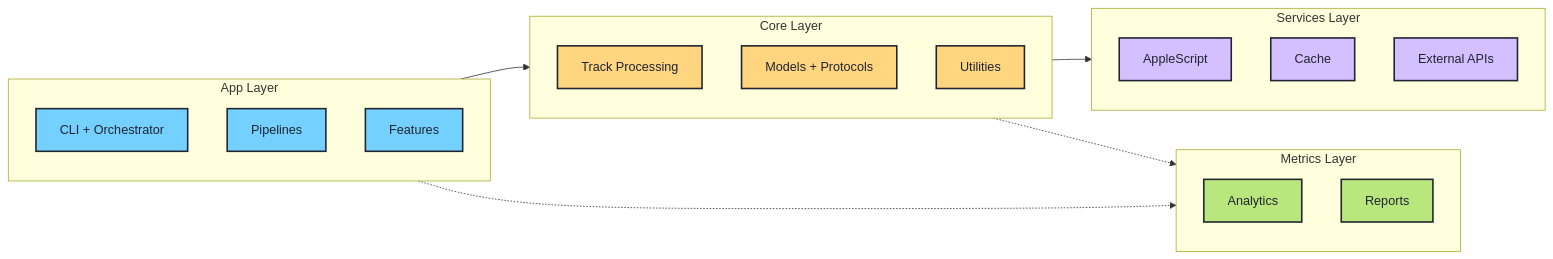
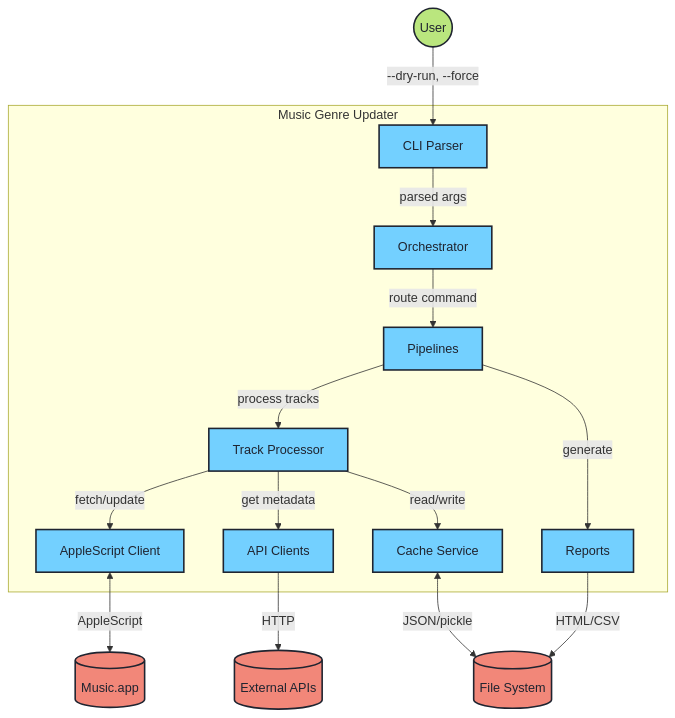
Before and after one commit to barad1tos/GenreUpdater: the second of 8 diagrams in README.md, drawn with Mermaid. The commit also changed other lines of this file, not shown here.

First line of the commit message:
docs(readme): C4-style architecture diagrams

````diff
--- a/README.md
+++ b/README.md
@@ -335,38 +373,39 @@
 ```mermaid
-graph LR
-    subgraph App["App Layer"]
-        A1[CLI + Orchestrator]
-        A2[Pipelines]
-        A3[Features]
+graph TB
+    User((User))
+    MusicApp[(Music.app)]
+    ExtAPIs[(External APIs)]
+    FileSystem[(File System)]
+
+    subgraph System["Music Genre Updater"]
+        CLI[CLI Parser]
+        Orch[Orchestrator]
+        Pipes[Pipelines]
+        Core[Track Processor]
+        Apple[AppleScript Client]
+        Cache[Cache Service]
+        APIs[API Clients]
+        Metrics[Reports]
     end
 
-    subgraph Core["Core Layer"]
-        C1[Track Processing]
-        C2[Models + Protocols]
-        C3[Utilities]
-    end
+    User -->|"--dry-run, --force"| CLI
+    CLI -->|parsed args| Orch
+    Orch -->|route command| Pipes
+    Pipes -->|process tracks| Core
+    Core -->|fetch/update| Apple
+    Core -->|get metadata| APIs
+    Core -->|read/write| Cache
+    Pipes -->|generate| Metrics
 
-    subgraph Services["Services Layer"]
-        S1[AppleScript]
-        S2[Cache]
-        S3[External APIs]
-    end
+    Apple <-->|AppleScript| MusicApp
+    APIs -->|HTTP| ExtAPIs
+    Cache <-->|JSON/pickle| FileSystem
+    Metrics -->|HTML/CSV| FileSystem
 
-    subgraph Metrics["Metrics Layer"]
-        M1[Analytics]
-        M2[Reports]
-    end
-
-    App --> Core --> Services
-    App -.-> Metrics
-    Core -.-> Metrics
-
-    classDef appLayer fill:#73D0FF,stroke:#1F2430,stroke-width:2px,color:#1F2430
-    classDef coreLayer fill:#FFD580,stroke:#1F2430,stroke-width:2px,color:#1F2430
-    classDef servicesLayer fill:#D4BFFF,stroke:#1F2430,stroke-width:2px,color:#1F2430
-    classDef metricsLayer fill:#BAE67E,stroke:#1F2430,stroke-width:2px,color:#1F2430
-    class A1,A2,A3 appLayer
-    class C1,C2,C3 coreLayer
-    class S1,S2,S3 servicesLayer
-    class M1,M2 metricsLayer
+    classDef external fill:#F28779,stroke:#1F2430,stroke-width:2px,color:#1F2430
+    classDef internal fill:#73D0FF,stroke:#1F2430,stroke-width:2px,color:#1F2430
+    classDef user fill:#BAE67E,stroke:#1F2430,stroke-width:2px,color:#1F2430
+    class MusicApp,ExtAPIs,FileSystem external
+    class CLI,Orch,Pipes,Core,Apple,Cache,APIs,Metrics internal
+    class User user
 ```
````
